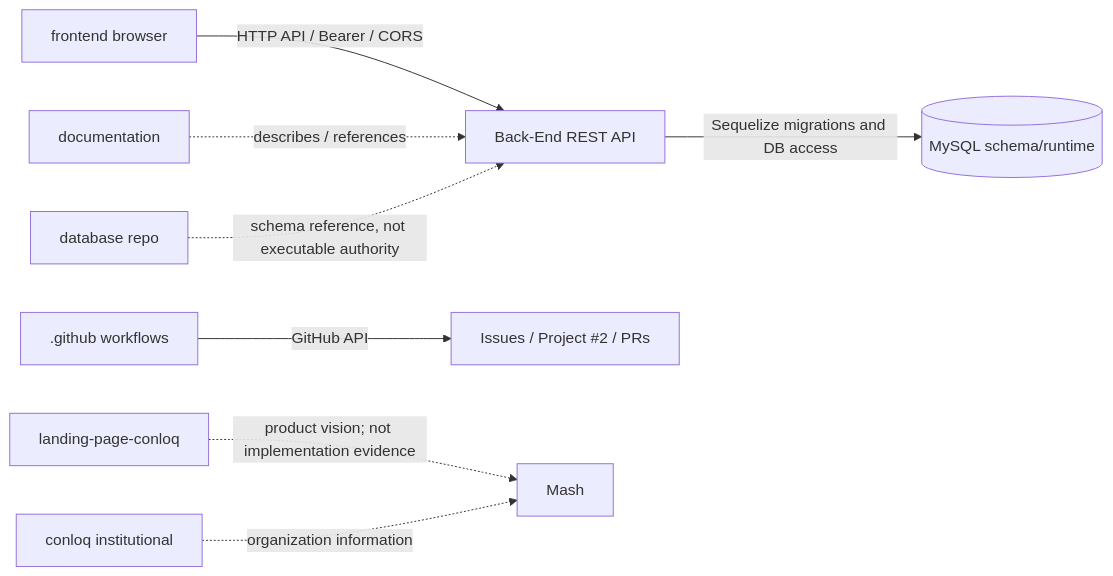
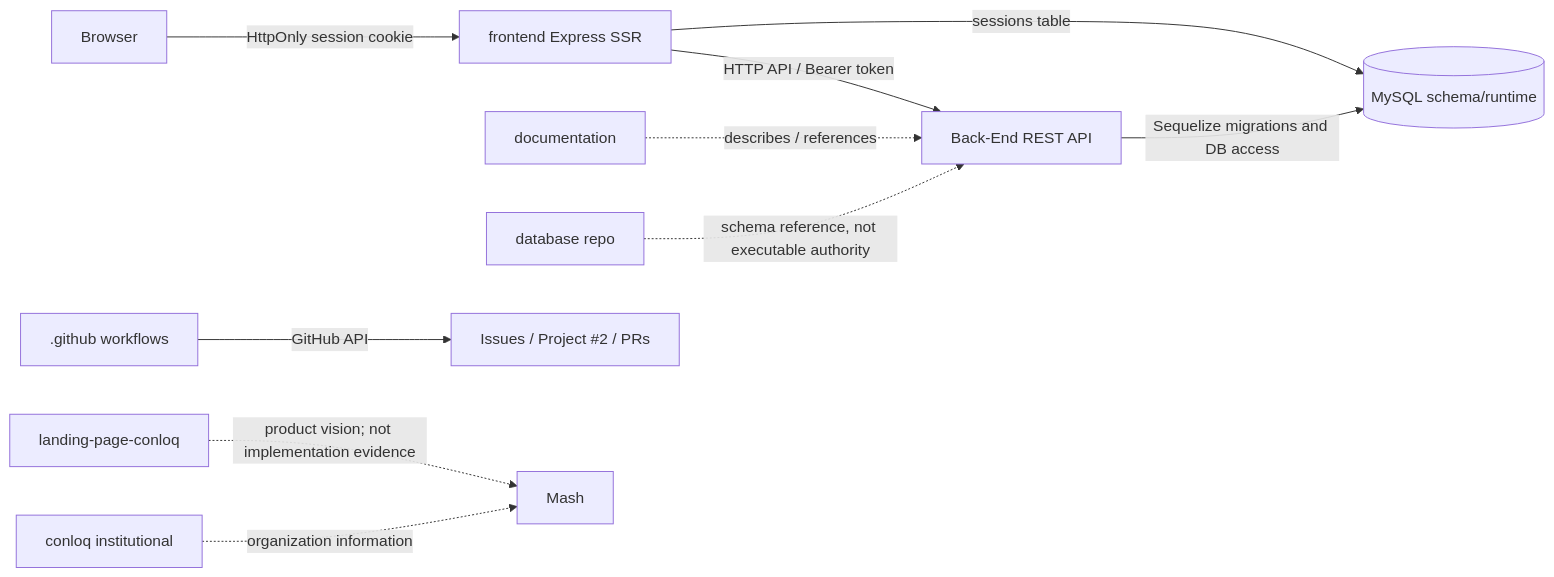
The diagram in PROJECT_CONTEXT.md (conloq/.github), drawn with Mermaid before and after one commit. The commit also changed other lines of this file, not shown here.

````diff
--- a/PROJECT_CONTEXT.md
+++ b/PROJECT_CONTEXT.md
@@ -55,10 +55,12 @@
 ```mermaid
 flowchart LR
-  FE[frontend browser] -->|HTTP API / Bearer / CORS| BE[Back-End REST API]
-  BE -->|Sequelize migrations and DB access| DB[(MySQL schema/runtime)]
+  BROWSER[Browser] -->|HttpOnly session cookie| FE[frontend Express SSR]
+  FE -->|HTTP API / Bearer token| BE[Back-End REST API]
+  FE -->|sessions table| DB[(MySQL schema/runtime)]
+  BE -->|Sequelize migrations and DB access| DB
   DOC[documentation] -. describes / references .-> BE
   DBREF[database repo] -. schema reference, not executable authority .-> BE
   GH[.github workflows] -->|GitHub API| OPS[Issues / Project #2 / PRs]
   LAND[landing-page-conloq] -. product vision; not implementation evidence .-> MASH[Mash]
   INST[conloq institutional] -. organization information .-> MASH
 ```
````
